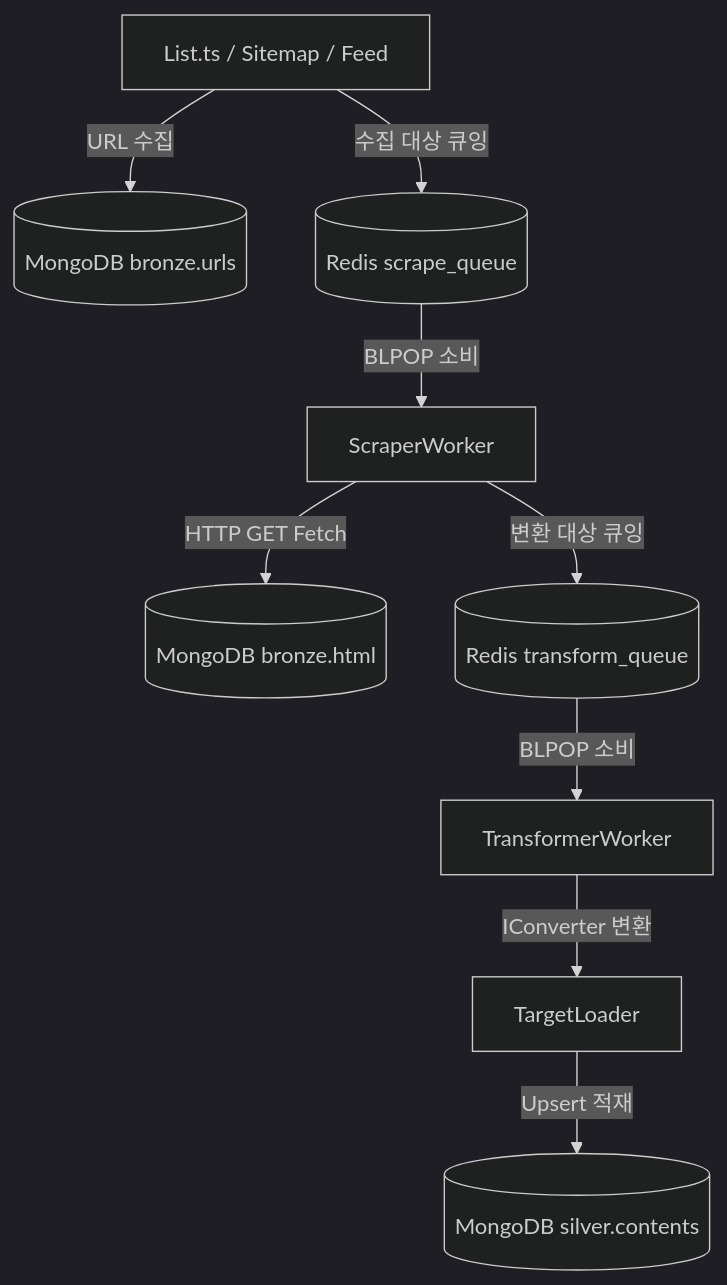
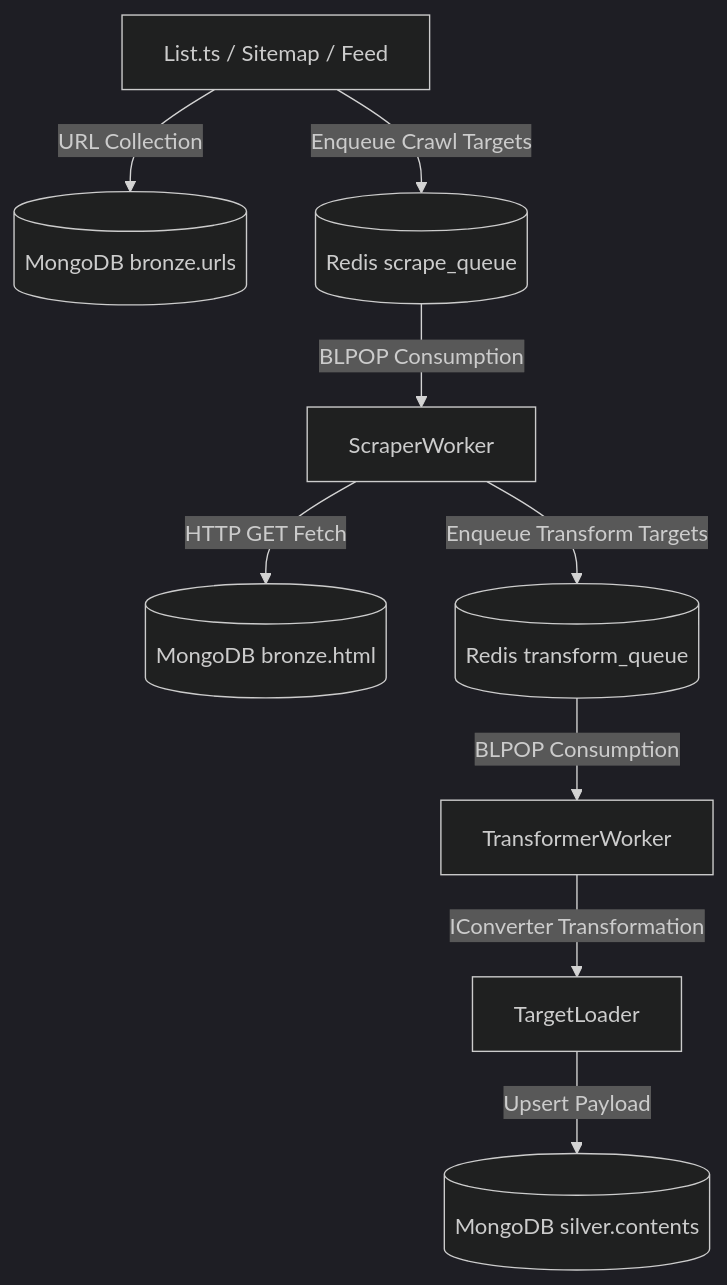
Before and after one commit to ejpark78/scraper: the diagram in .agents/skills/DevelopSitesSkills.md, drawn with Mermaid (dark theme). The commit also changed other lines of this file and 4 other files, not shown here.

````diff
--- a/.agents/skills/DevelopSitesSkills.md
+++ b/.agents/skills/DevelopSitesSkills.md
@@ -11,11 +11,11 @@
 ```mermaid
 graph TD
-    A[List.ts / Sitemap / Feed] -->|URL 수집| B[(MongoDB bronze.urls)]
-    A -->|수집 대상 큐잉| C[(Redis scrape_queue)]
-    C -->|BLPOP 소비| D[ScraperWorker]
+    A[List.ts / Sitemap / Feed] -->|URL Collection| B[(MongoDB bronze.urls)]
+    A -->|Enqueue Crawl Targets| C[(Redis scrape_queue)]
+    C -->|BLPOP Consumption| D[ScraperWorker]
     D -->|HTTP GET Fetch| E[(MongoDB bronze.html)]
-    D -->|변환 대상 큐잉| F[(Redis transform_queue)]
-    F -->|BLPOP 소비| G[TransformerWorker]
-    G -->|IConverter 변환| H[TargetLoader]
-    H -->|Upsert 적재| I[(MongoDB silver.contents)]
+    D -->|Enqueue Transform Targets| F[(Redis transform_queue)]
+    F -->|BLPOP Consumption| G[TransformerWorker]
+    G -->|IConverter Transformation| H[TargetLoader]
+    H -->|Upsert Payload| I[(MongoDB silver.contents)]
 ```
````
